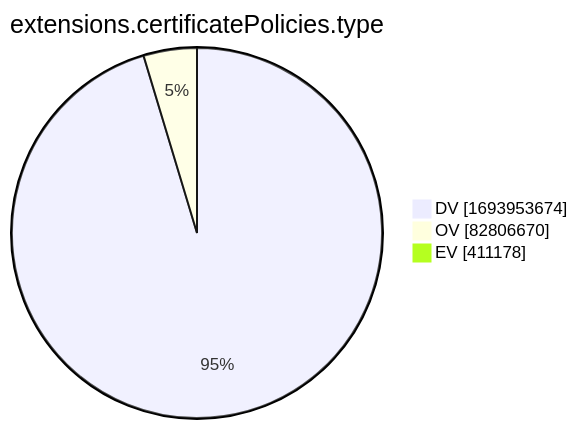
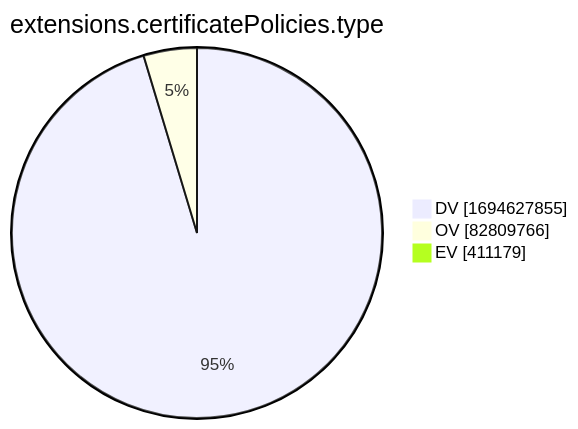
One commit to christiankrug/ctmonitor_visualization changed the tenth of 15 diagrams in xenon2022/README.md. Above: the diagram before and after it, drawn with Mermaid. The commit also changed other lines of this file, not shown here.

````diff
--- a/xenon2022/README.md
+++ b/xenon2022/README.md
@@ -2881,7 +2881,7 @@
 ```mermaid
 pie showData
 title extensions.certificatePolicies.type
-"DV" :1693953674
-"OV" :82806670
-"EV" :411178
+"DV" :1694627855
+"OV" :82809766
+"EV" :411179
 ```
````
